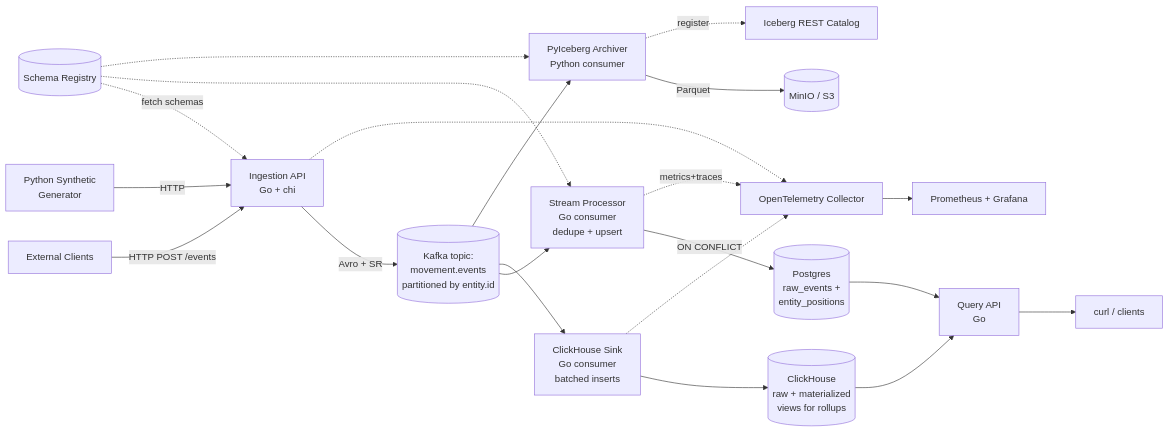
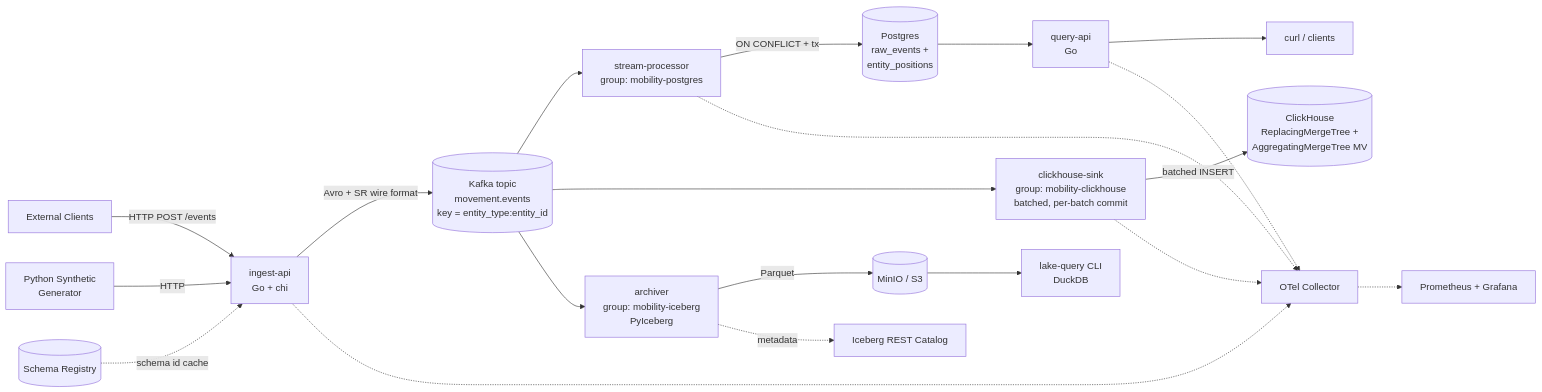
One commit to nis94/dream-mobility changed the first of 2 diagrams in README.md. Above: the diagram before and after it, drawn with Mermaid. The commit also changed other lines of this file, not shown here.

````diff
--- a/README.md
+++ b/README.md
@@ -16,28 +31,26 @@
 ```mermaid
 flowchart LR
-    EXT[External Clients] -->|HTTP POST /events| API[Ingestion API<br/>Go + chi]
+    EXT[External Clients] -->|HTTP POST /events| API[ingest-api<br/>Go + chi]
     GEN[Python Synthetic<br/>Generator] -->|HTTP| API
-    API -->|Avro + SR| KAFKA[(Kafka topic:<br/>movement.events<br/>partitioned by entity.id)]
-    SR[(Schema Registry)] -.->|fetch schemas| API
-    SR -.-> PROC
-    SR -.-> ARCH
+    API -->|Avro + SR wire format| KAFKA[(Kafka topic<br/>movement.events<br/>key = entity_type:entity_id)]
+    SR[(Schema Registry)] -.->|schema id cache| API
 
-    KAFKA --> PROC[Stream Processor<br/>Go consumer<br/>dedupe + upsert]
-    KAFKA --> CHSINK[ClickHouse Sink<br/>Go consumer<br/>batched inserts]
-    KAFKA --> ARCH[PyIceberg Archiver<br/>Python consumer]
+    KAFKA --> PROC[stream-processor<br/>group: mobility-postgres]
+    KAFKA --> CHSINK[clickhouse-sink<br/>group: mobility-clickhouse<br/>batched, per-batch commit]
+    KAFKA --> ARCH[archiver<br/>group: mobility-iceberg<br/>PyIceberg]
 
-    PROC -->|ON CONFLICT| PG[(Postgres<br/>raw_events +<br/>entity_positions)]
-    CHSINK --> CH[(ClickHouse<br/>raw + materialized<br/>views for rollups)]
+    PROC -->|ON CONFLICT + tx| PG[(Postgres<br/>raw_events +<br/>entity_positions)]
+    CHSINK -->|batched INSERT| CH[(ClickHouse<br/>ReplacingMergeTree +<br/>AggregatingMergeTree MV)]
     ARCH -->|Parquet| MINIO[(MinIO / S3)]
-    ARCH -.->|register| ICAT[Iceberg REST Catalog]
+    ARCH -.->|metadata| ICAT[Iceberg REST Catalog]
 
-    PG --> QAPI[Query API<br/>Go]
-    CH --> QAPI
+    PG --> QAPI[query-api<br/>Go]
+    QAPI --> CLI[curl / clients]
+    MINIO --> LAKE[lake-query CLI<br/>DuckDB]
 
-    QAPI --> CLI[curl / clients]
-
-    PROC -.->|metrics+traces| OTEL[OpenTelemetry Collector]
-    API -.-> OTEL
+    API -.-> OTEL[OTel Collector]
+    PROC -.-> OTEL
     CHSINK -.-> OTEL
-    OTEL --> PROM[Prometheus + Grafana]
+    QAPI -.-> OTEL
+    OTEL -.-> PROM[Prometheus + Grafana]
 ```
````
